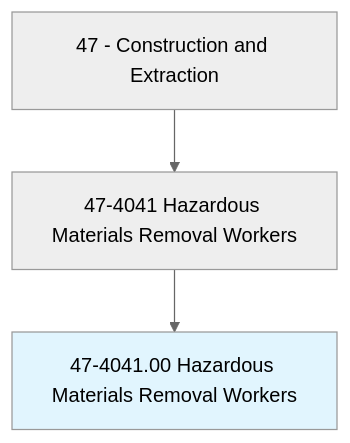
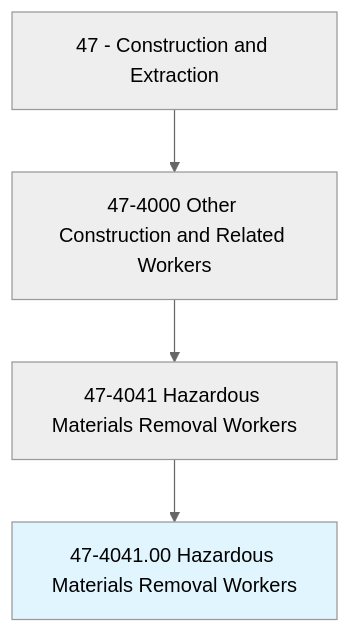
Before and after one commit to kziemski/business.org.ai: the first of 4 diagrams in occupations/Construction/HazardousMaterialsRemovalWorkers.mdx, drawn with Mermaid (neutral theme). The commit also changed other lines of this file and 938 other files, not shown here.

````diff
--- a/occupations/Construction/HazardousMaterialsRemovalWorkers.mdx
+++ b/occupations/Construction/HazardousMaterialsRemovalWorkers.mdx
@@ -19,6 +23,7 @@
 ```mermaid
 graph TD
-    Cat47["47 - Construction and Extraction"] --> Group474041["47-4041 Hazardous Materials Removal Workers"]
-    Group474041 --> Current["47-4041.00 Hazardous Materials Removal Workers"]
+    Cat47["47 - Construction and Extraction"] --> Group474["47-4000 Other Construction and Related Workers"]
+    Group474 --> Group4740["47-4041 Hazardous Materials Removal Workers"]
+    Group4740 --> Current["47-4041.00 Hazardous Materials Removal Workers"]
     style Current fill:#e1f5fe
 ```
````
